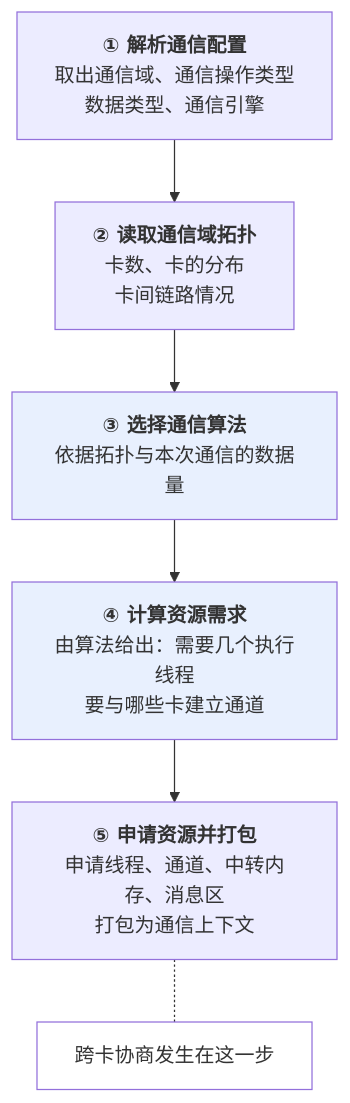
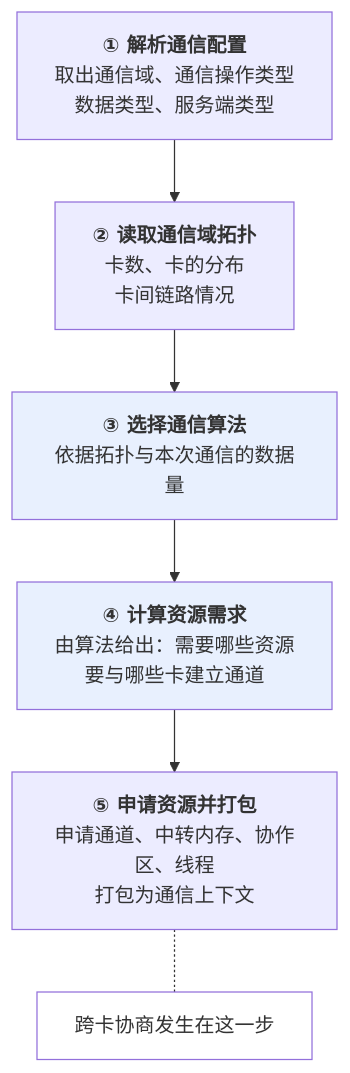
The second of 7 diagrams in docs/zh/编程模型/MC2编程模型/通信模型planB.md (Atlas-Ascend-Fork/asc-comm), drawn with Mermaid before and after one commit. The commit also changed other lines of this file, not shown here.

````diff
--- a/docs/zh/编程模型/MC2编程模型/通信模型planB.md
+++ b/docs/zh/编程模型/MC2编程模型/通信模型planB.md
@@ -141,17 +141,17 @@
 ```mermaid
 flowchart TB
-    P1["<b>① 解析通信配置</b><br/>取出通信域、通信操作类型<br/>数据类型、通信引擎"]
+    P1["<b>① 解析通信配置</b><br/>取出通信域、通信操作类型<br/>数据类型、服务端类型"]
     P2["<b>② 读取通信域拓扑</b><br/>卡数、卡的分布<br/>卡间链路情况"]
     P3["<b>③ 选择通信算法</b><br/>依据拓扑与本次通信的数据量"]
-    P4["<b>④ 计算资源需求</b><br/>由算法给出：需要几个执行线程<br/>要与哪些卡建立通道"]
-    P5["<b>⑤ 申请资源并打包</b><br/>申请线程、通道、中转内存、消息区<br/>打包为通信上下文"]
+    P4["<b>④ 计算资源需求</b><br/>由算法给出：需要哪些资源<br/>要与哪些卡建立通道"]
+    P5["<b>⑤ 申请资源并打包</b><br/>申请通道、中转内存、协作区、线程<br/>打包为通信上下文"]
 
     P1 --> P2 --> P3 --> P4 --> P5
 
     N5["跨卡协商发生在这一步"]
     P5 -.- N5
 
     style P3 fill:#e8f0fe
     style P4 fill:#e8f0fe
     style N5 fill:#ffffff
 ```
````
